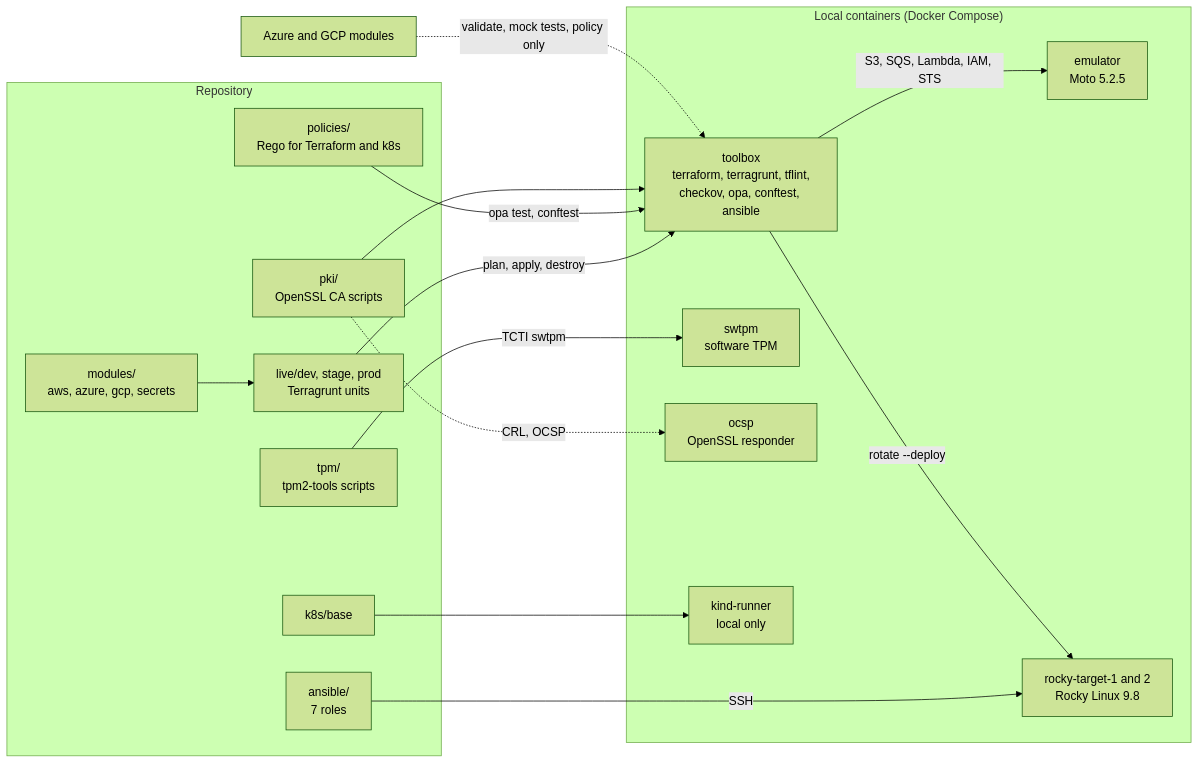
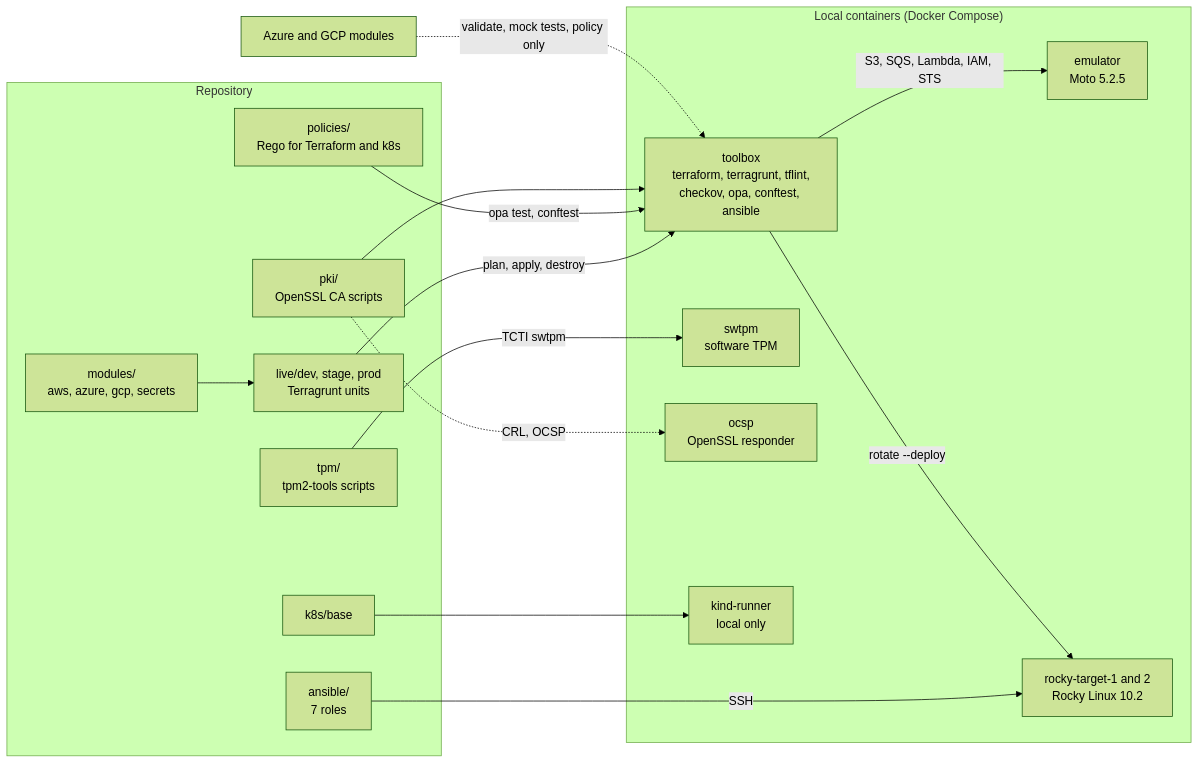
Before and after one commit to siiick-brain/kiln-infra-factory: the diagram in docs/diagrams/architecture.mmd, drawn with Mermaid (forest theme). The commit also changed 9 other files, not shown here.

First line of the commit message:
docs(diagrams): add rendered diagram copies

```diff
--- a/docs/diagrams/architecture.mmd
+++ b/docs/diagrams/architecture.mmd
@@ -1,29 +1,29 @@
 flowchart LR
   subgraph repo["Repository"]
     mods["modules/<br/>aws, azure, gcp, secrets"]
     live["live/dev, stage, prod<br/>Terragrunt units"]
     pol["policies/<br/>Rego for Terraform and k8s"]
     ans["ansible/<br/>7 roles"]
     pki["pki/<br/>OpenSSL CA scripts"]
     tpm["tpm/<br/>tpm2-tools scripts"]
     k8s["k8s/base"]
   end
   subgraph local["Local containers (Docker Compose)"]
     tb["toolbox<br/>terraform, terragrunt, tflint,<br/>checkov, opa, conftest, ansible"]
     moto["emulator<br/>Moto 5.2.5"]
     sw["swtpm<br/>software TPM"]
-    rocky["rocky-target-1 and 2<br/>Rocky Linux 9.8"]
+    rocky["rocky-target-1 and 2<br/>Rocky Linux 10.2"]
     ocsp["ocsp<br/>OpenSSL responder"]
     kind["kind-runner<br/>local only"]
   end
   mods --> live
   live -->|plan, apply, destroy| tb
   tb -->|S3, SQS, Lambda, IAM, STS| moto
   pol -->|opa test, conftest| tb
   ans -->|SSH| rocky
   pki --> tb
   tb -->|rotate --deploy| rocky
   tpm -->|TCTI swtpm| sw
   k8s --> kind
   pki -.->|CRL, OCSP| ocsp
   azure["Azure and GCP modules"] -.->|validate, mock tests, policy only| tb
```
